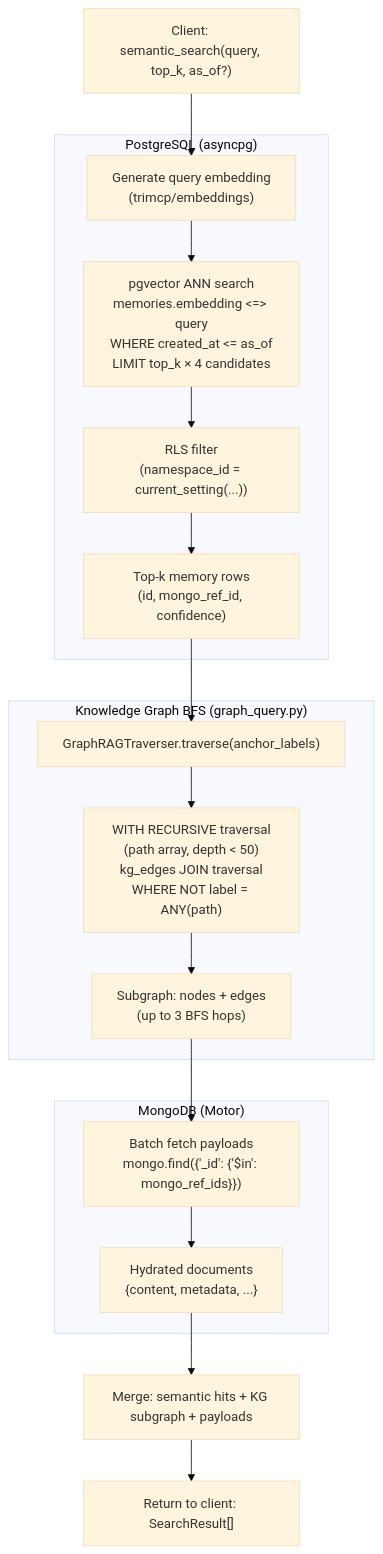
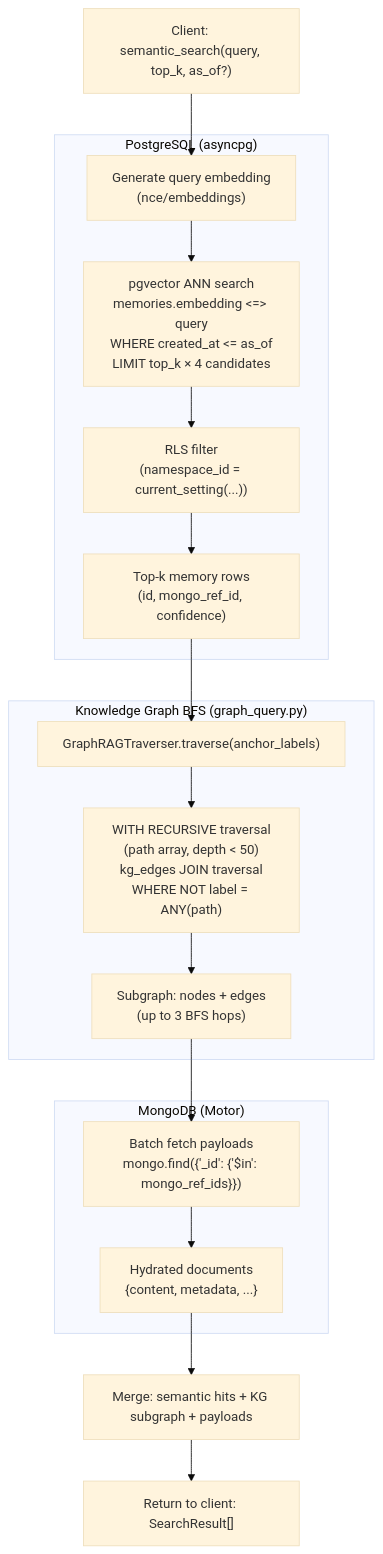
One commit to sindrehaugen/TriMCP changed the second of 2 diagrams in docs/database_architecture.md. Above: the diagram before and after it, drawn with Mermaid (base theme). The commit also changed other lines of this file and 498 other files, not shown here.

````diff
--- a/docs/database_architecture.md
+++ b/docs/database_architecture.md
@@ -181,29 +181,29 @@
 ```mermaid
 flowchart TD
   A["Client: semantic_search(query, top_k, as_of?)"] --> B
 
   subgraph PG["PostgreSQL (asyncpg)"]
-    B["Generate query embedding\n(trimcp/embeddings)"]
+    B["Generate query embedding\n(nce/embeddings)"]
     B --> C["pgvector ANN search\nmemories.embedding <=> query\nWHERE created_at <= as_of\nLIMIT top_k × 4 candidates"]
     C --> D["RLS filter\n(namespace_id = current_setting(...))"]
     D --> E["Top-k memory rows\n(id, mongo_ref_id, confidence)"]
   end
 
   E --> F
 
   subgraph KG["Knowledge Graph BFS (graph_query.py)"]
     F["GraphRAGTraverser.traverse(anchor_labels)"]
     F --> G["WITH RECURSIVE traversal\n(path array, depth < 50)\nkg_edges JOIN traversal\nWHERE NOT label = ANY(path)"]
     G --> H["Subgraph: nodes + edges\n(up to 3 BFS hops)"]
   end
 
   H --> I
 
   subgraph MG["MongoDB (Motor)"]
     I["Batch fetch payloads\nmongo.find({'_id': {'$in': mongo_ref_ids}})"]
     I --> J["Hydrated documents\n{content, metadata, ...}"]
   end
 
   J --> K["Merge: semantic hits + KG subgraph + payloads"]
   K --> L["Return to client: SearchResult[]"]
 ```
````
